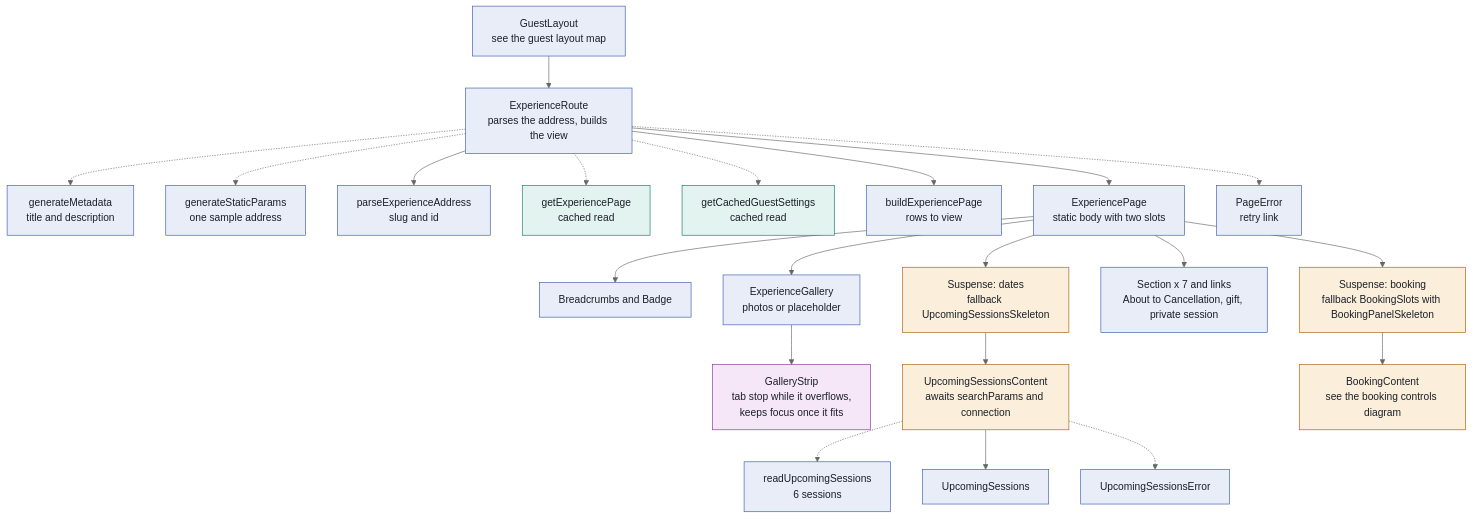
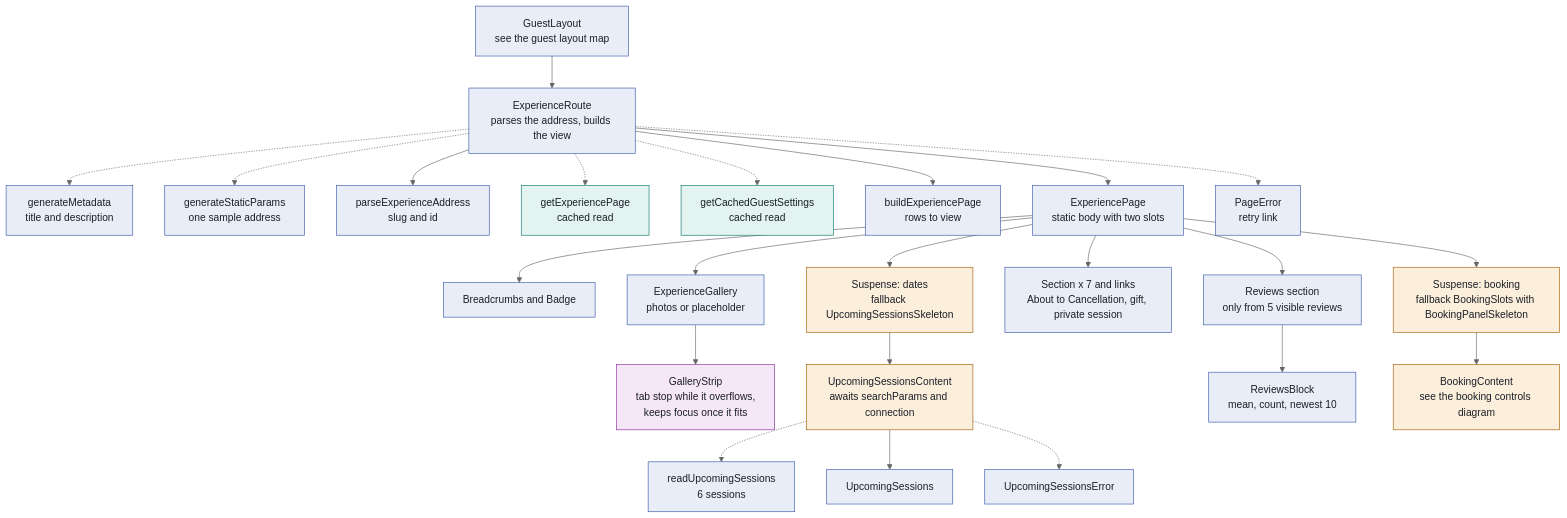
One commit to defaultdave/ramble changed the first of 2 diagrams in src/app/(guest)/experiences/[slugAndId]/README.md. Above: the diagram before and after it, drawn with Mermaid (neutral theme). The commit also changed other lines of this file and 43 other files, not shown here.

````diff
--- a/src/app/(guest)/experiences/[slugAndId]/README.md
+++ b/src/app/(guest)/experiences/[slugAndId]/README.md
@@ -17,51 +17,55 @@
 ```mermaid
 flowchart TD
   classDef server fill:#e8edf8,stroke:#3b5bab,color:#1b1f27
   classDef cached fill:#e2f3f0,stroke:#0f7a6c,color:#1b1f27
   classDef streamed fill:#fbefdc,stroke:#a3610a,color:#1b1f27
   classDef client fill:#f5e6f8,stroke:#8a2f9c,color:#1b1f27
   classDef action fill:#fbe6e4,stroke:#b3261e,color:#1b1f27
 
   L["GuestLayout<br/>see the guest layout map"]:::server
   R["ExperienceRoute<br/>parses the address, builds the view"]:::server
   M["generateMetadata<br/>title and description"]:::server
   G["generateStaticParams<br/>one sample address"]:::server
   P["parseExperienceAddress<br/>slug and id"]:::server
   GEP["getExperiencePage<br/>cached read"]:::cached
   GCS["getCachedGuestSettings<br/>cached read"]:::cached
   B["buildExperiencePage<br/>rows to view"]:::server
   EP["ExperiencePage<br/>static body with two slots"]:::server
   BC["Breadcrumbs and Badge"]:::server
   GAL["ExperienceGallery<br/>photos or placeholder"]:::server
   STRIP["GalleryStrip<br/>tab stop while it overflows,<br/>keeps focus once it fits"]:::client
   SD["Suspense: dates<br/>fallback UpcomingSessionsSkeleton"]:::streamed
   USC["UpcomingSessionsContent<br/>awaits searchParams and connection"]:::streamed
   RUS1["readUpcomingSessions<br/>6 sessions"]:::server
   US["UpcomingSessions"]:::server
   USE["UpcomingSessionsError"]:::server
   SEC["Section x 7 and links<br/>About to Cancellation, gift, private session"]:::server
+  RV["Reviews section<br/>only from 5 visible reviews"]:::server
+  RB["ReviewsBlock<br/>mean, count, newest 10"]:::server
   SB["Suspense: booking<br/>fallback BookingSlots with BookingPanelSkeleton"]:::streamed
   BCN["BookingContent<br/>see the booking controls diagram"]:::streamed
   PE["PageError<br/>retry link"]:::server
 
   L --> R
   R --> P
   R -.-> M
   R -.-> G
   R -.-> GEP
   R -.-> GCS
   R --> B
   R --> EP
   R -.-> PE
   EP --> BC
   EP --> GAL
   GAL --> STRIP
   EP --> SD
   SD --> USC
   USC -.-> RUS1
   USC --> US
   USC -.-> USE
   EP --> SEC
+  EP --> RV
+  RV --> RB
   EP --> SB
   SB --> BCN
 ```
````
